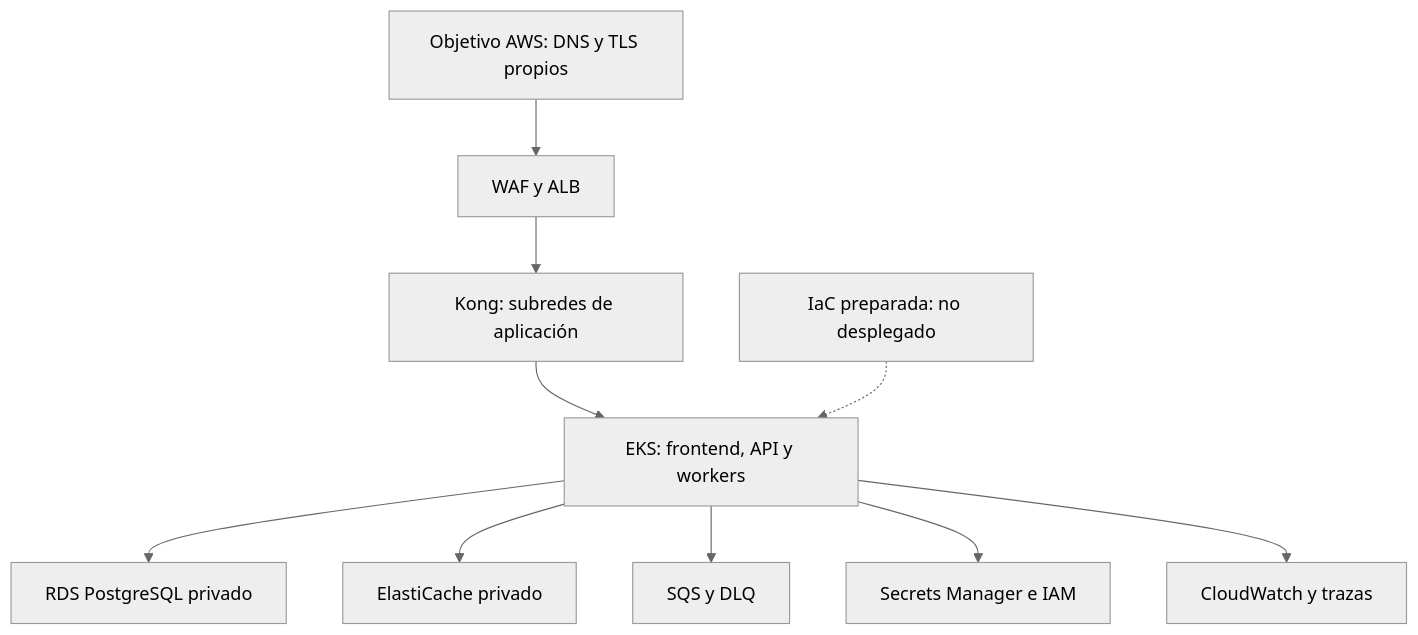
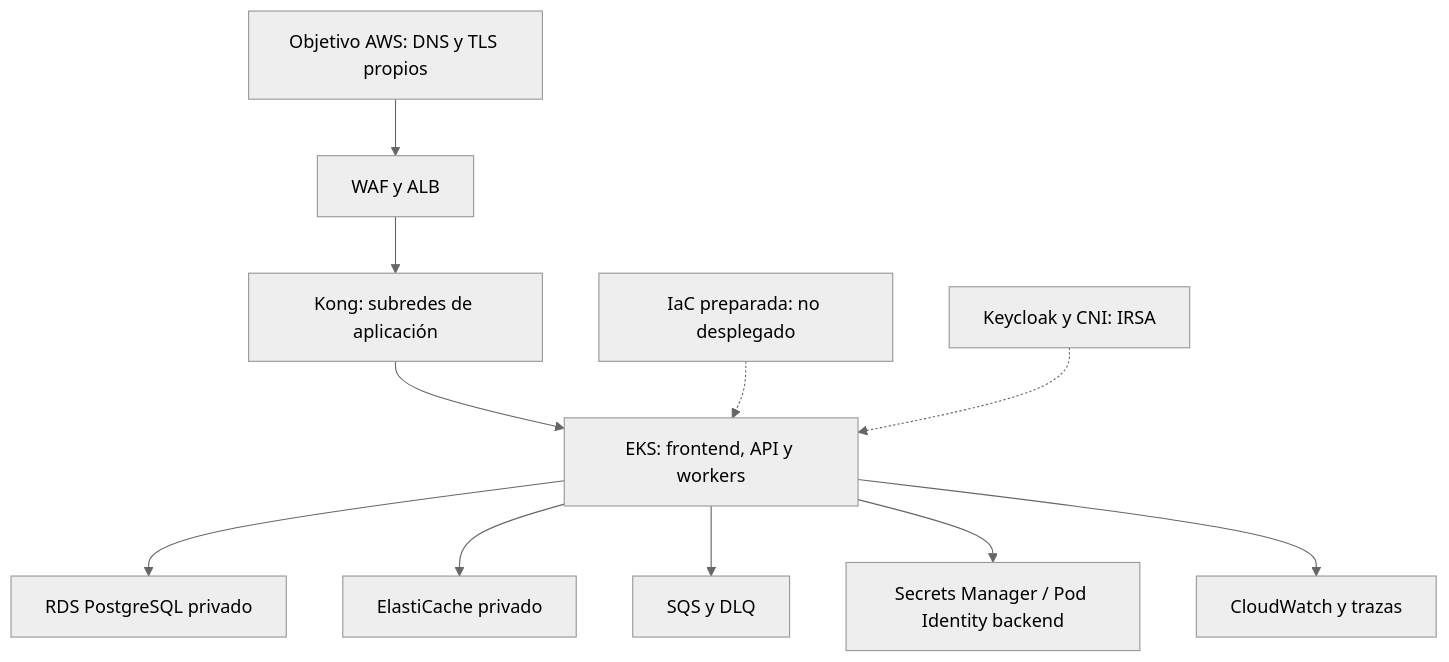
Before and after one commit to Arukado01/vortexbird-documentation: the diagram in diagrams/02-aws-deployment.mmd, drawn with Mermaid (neutral theme). The commit also changed 25 other files, not shown here.

```diff
--- a/diagrams/02-aws-deployment.mmd
+++ b/diagrams/02-aws-deployment.mmd
@@ -1,10 +1,11 @@
 flowchart TD
   edge["Objetivo AWS: DNS y TLS propios"] --> waf["WAF y ALB"]
   waf --> kong["Kong: subredes de aplicación"]
   kong --> pods["EKS: frontend, API y workers"]
   pods --> rds["RDS PostgreSQL privado"]
   pods --> redis["ElastiCache privado"]
   pods --> sqs["SQS y DLQ"]
-  pods --> secrets["Secrets Manager e IAM"]
+  pods --> secrets["Secrets Manager / Pod Identity backend"]
   pods --> metrics["CloudWatch y trazas"]
   note["IaC preparada: no desplegado"] -.-> pods
+  identity["Keycloak y CNI: IRSA"] -.-> pods
```
